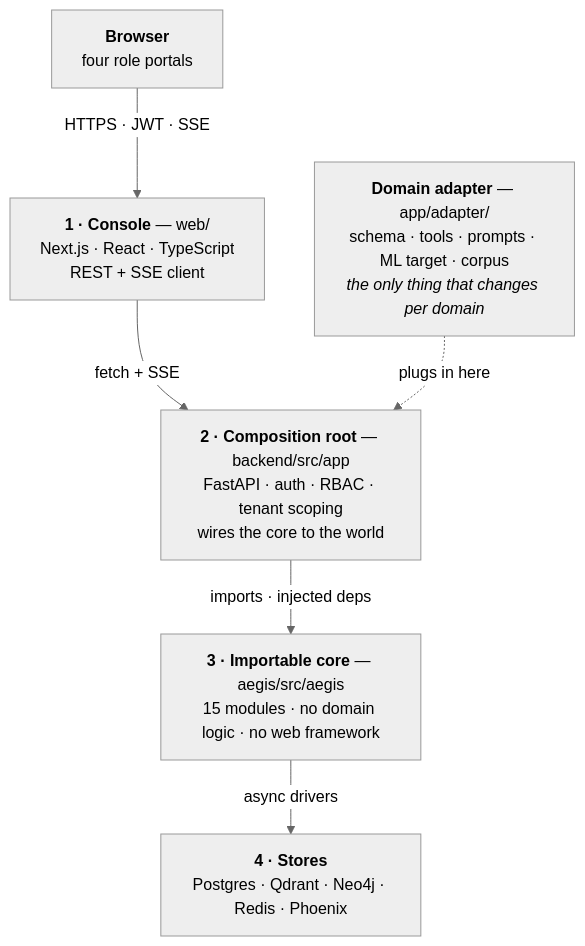
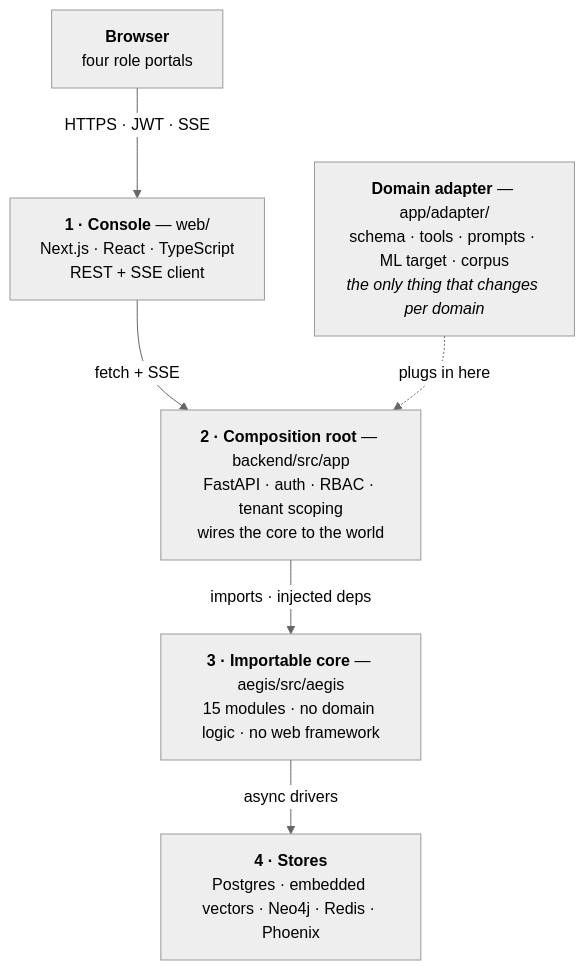
The first of 6 diagrams in docs/teaching/00-foundations/40-diagrams.md (yrevash/aegis), drawn with Mermaid (neutral theme) before and after one commit. The commit also changed 79 other files, not shown here.

````diff
--- a/docs/teaching/00-foundations/40-diagrams.md
+++ b/docs/teaching/00-foundations/40-diagrams.md
@@ -14,15 +14,15 @@
 ```mermaid
 flowchart TB
     B["<b>Browser</b><br/>four role portals"]
     L1["<b>1 · Console</b> — web/<br/>Next.js · React · TypeScript<br/>REST + SSE client"]
     L2["<b>2 · Composition root</b> — backend/src/app<br/>FastAPI · auth · RBAC · tenant scoping<br/>wires the core to the world"]
     L3["<b>3 · Importable core</b> — aegis/src/aegis<br/>15 modules · no domain logic · no web framework"]
-    L4["<b>4 · Stores</b><br/>Postgres · Qdrant · Neo4j · Redis · Phoenix"]
+    L4["<b>4 · Stores</b><br/>Postgres · embedded vectors · Neo4j · Redis · Phoenix"]
     AD["<b>Domain adapter</b> — app/adapter/<br/>schema · tools · prompts · ML target · corpus<br/><i>the only thing that changes per domain</i>"]
 
     B -->|"HTTPS · JWT · SSE"| L1
     L1 -->|"fetch + SSE"| L2
     L2 -->|"imports · injected deps"| L3
     L3 -->|"async drivers"| L4
     AD -.->|"plugs in here"| L2
 ```
````
